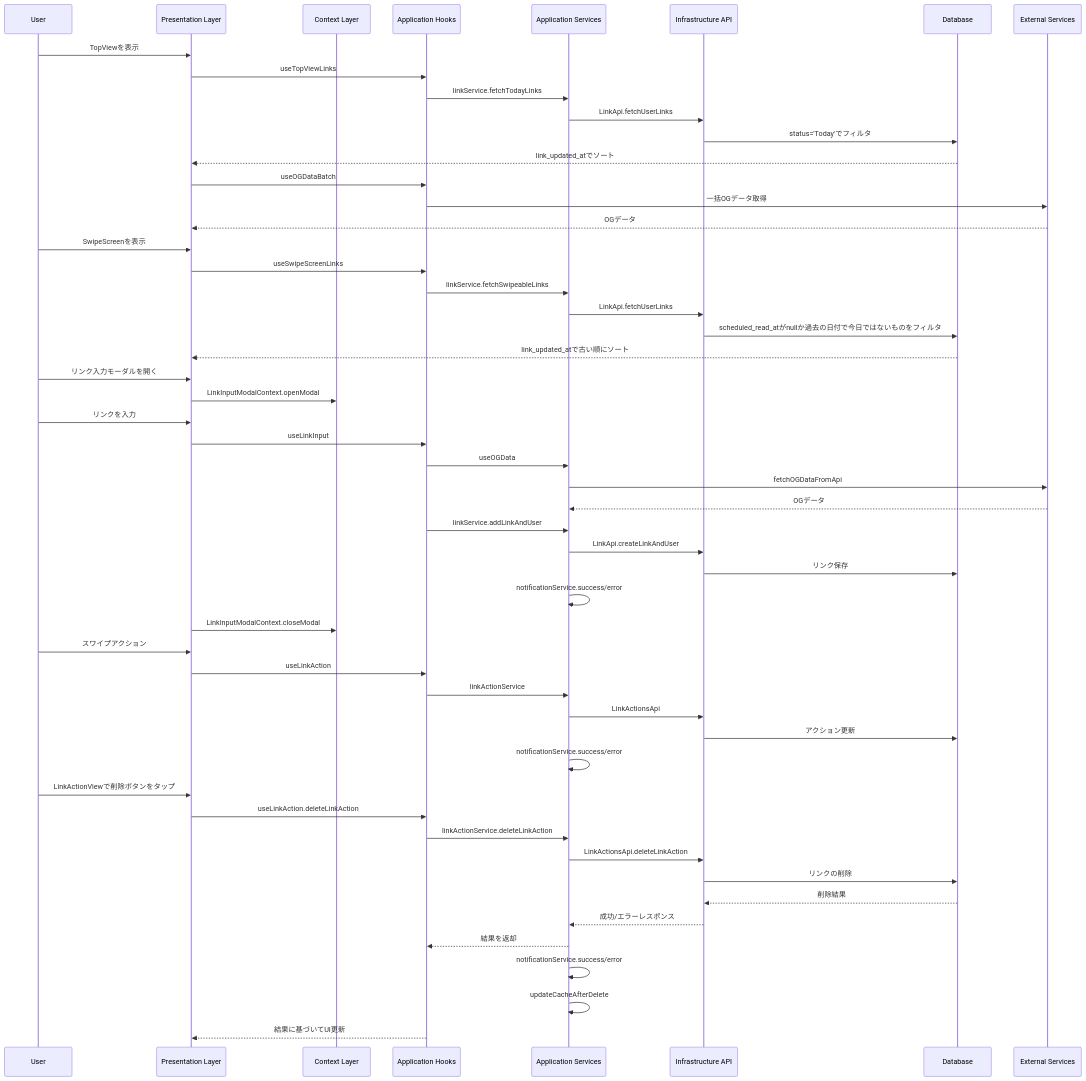
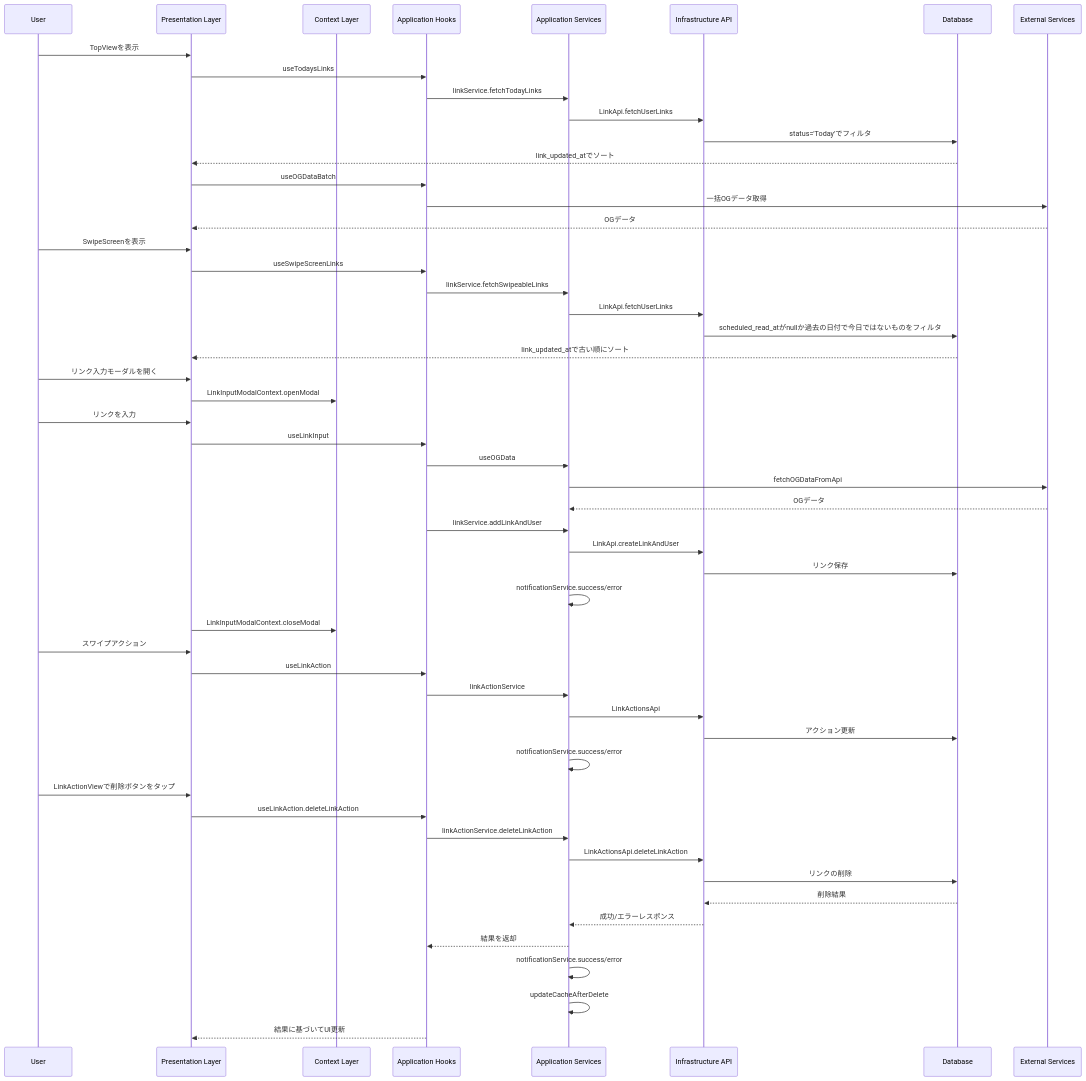
Before and after one commit to sooom1627/Linpe: the second of 2 diagrams in feature/links/docs/architecture.md, drawn with Mermaid. The commit also changed other lines of this file and 8 other files, not shown here.

````diff
--- a/feature/links/docs/architecture.md
+++ b/feature/links/docs/architecture.md
@@ -123,65 +123,65 @@
 ```mermaid
 sequenceDiagram
     participant User
     participant UI as Presentation Layer
     participant Context as Context Layer
     participant Hook as Application Hooks
     participant Service as Application Services
     participant API as Infrastructure API
     participant DB as Database
     participant External as External Services
 
     %% リンク一覧表示フロー（TopView）
     User->>UI: TopViewを表示
-    UI->>Hook: useTopViewLinks
+    UI->>Hook: useTodaysLinks
     Hook->>Service: linkService.fetchTodayLinks
     Service->>API: LinkApi.fetchUserLinks
     API->>DB: status='Today'でフィルタ
     DB-->>UI: link_updated_atでソート
     UI->>Hook: useOGDataBatch
     Hook->>External: 一括OGデータ取得
     External-->>UI: OGデータ
 
     %% スワイプ画面表示フロー
     User->>UI: SwipeScreenを表示
     UI->>Hook: useSwipeScreenLinks
     Hook->>Service: linkService.fetchSwipeableLinks
     Service->>API: LinkApi.fetchUserLinks
     API->>DB: scheduled_read_atがnullか過去の日付で今日ではないものをフィルタ
     DB-->>UI: link_updated_atで古い順にソート
 
     %% リンク入力フロー
     User->>UI: リンク入力モーダルを開く
     UI->>Context: LinkInputModalContext.openModal
     User->>UI: リンクを入力
     UI->>Hook: useLinkInput
     Hook->>Service: useOGData
     Service->>External: fetchOGDataFromApi
     External-->>Service: OGデータ
     Hook->>Service: linkService.addLinkAndUser
     Service->>API: LinkApi.createLinkAndUser
     API->>DB: リンク保存
     Service->>Service: notificationService.success/error
     UI->>Context: LinkInputModalContext.closeModal
 
     %% スワイプアクション
     User->>UI: スワイプアクション
     UI->>Hook: useLinkAction
     Hook->>Service: linkActionService
     Service->>API: LinkActionsApi
     API->>DB: アクション更新
     Service->>Service: notificationService.success/error
 
     %% リンク削除フロー
     User->>UI: LinkActionViewで削除ボタンをタップ
     UI->>Hook: useLinkAction.deleteLinkAction
     Hook->>Service: linkActionService.deleteLinkAction
     Service->>API: LinkActionsApi.deleteLinkAction
     API->>DB: リンクの削除
     DB-->>API: 削除結果
     API-->>Service: 成功/エラーレスポンス
     Service-->>Hook: 結果を返却
     Service->>Service: notificationService.success/error
     Service->>Service: updateCacheAfterDelete
     Hook-->>UI: 結果に基づいてUI更新
 ```
````
